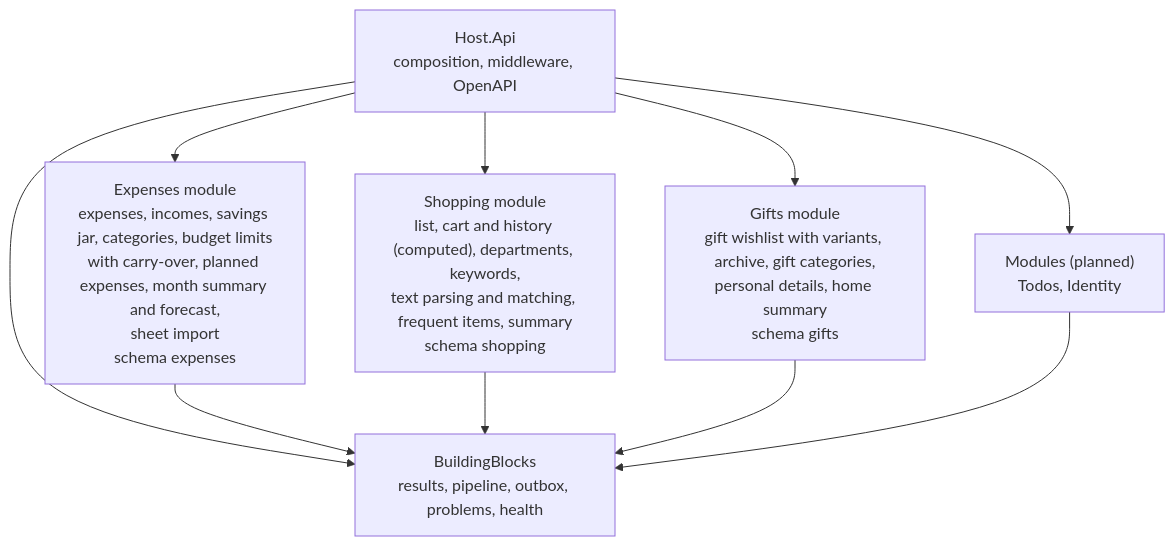
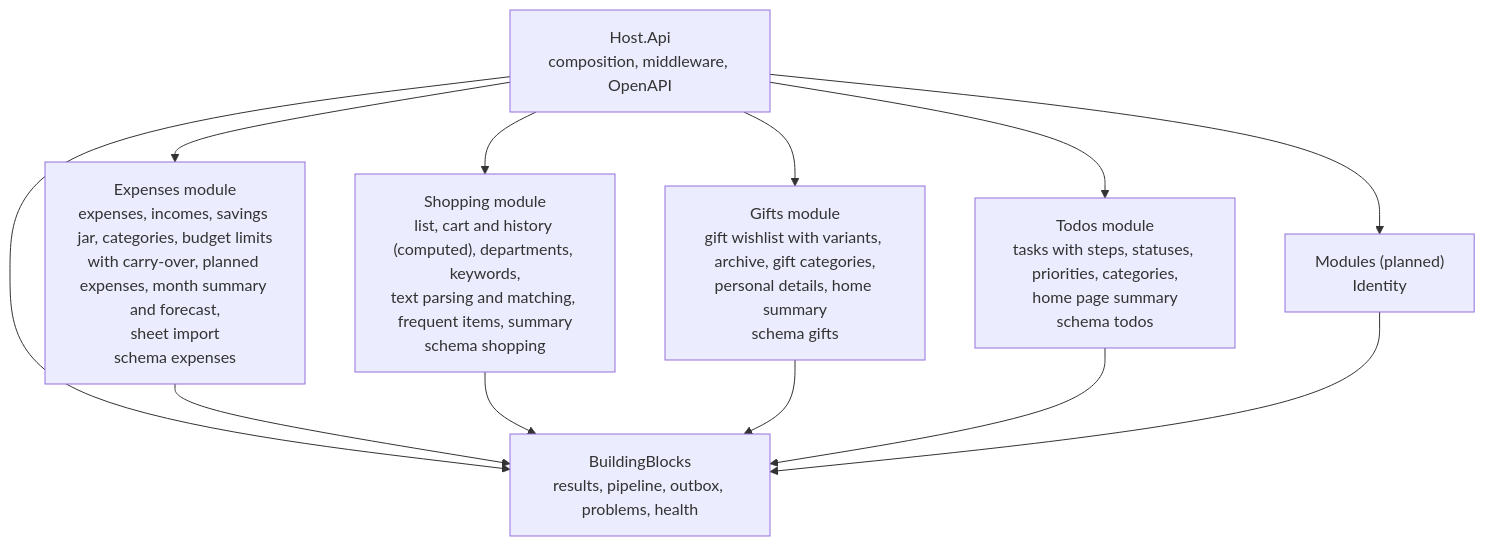
The third of 3 diagrams in api/docs/architecture/c4.md (Weretik/home-app), drawn with Mermaid before and after one commit. The commit also changed other lines of this file and 215 other files, not shown here.

First line of the commit message:
Todos: family to-do module, «Дела» section and home summary (#14)

````diff
--- a/api/docs/architecture/c4.md
+++ b/api/docs/architecture/c4.md
@@ -47,19 +50,22 @@
 ```mermaid
 flowchart TB
     host["Host.Api<br/>composition, middleware, OpenAPI"]
     blocks["BuildingBlocks<br/>results, pipeline, outbox, problems, health"]
     expenses["Expenses module<br/>expenses, incomes, savings jar, categories, budget limits<br/>with carry-over, planned expenses, month summary and forecast,<br/>sheet import<br/>schema expenses"]
     shopping["Shopping module<br/>list, cart and history (computed), departments, keywords,<br/>text parsing and matching, frequent items, summary<br/>schema shopping"]
     gifts["Gifts module<br/>gift wishlist with variants, archive, gift categories,<br/>personal details, home summary<br/>schema gifts"]
-    planned["Modules (planned)<br/>Todos, Identity"]
+    todos["Todos module<br/>tasks with steps, statuses, priorities, categories,<br/>home page summary<br/>schema todos"]
+    planned["Modules (planned)<br/>Identity"]
 
     host --> blocks
     host --> expenses
     host --> shopping
     host --> gifts
+    host --> todos
     host --> planned
     expenses --> blocks
     shopping --> blocks
     gifts --> blocks
+    todos --> blocks
     planned --> blocks
 ```
````
